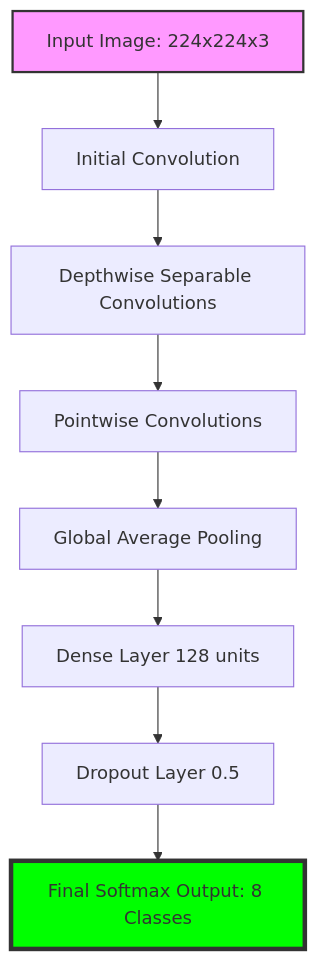
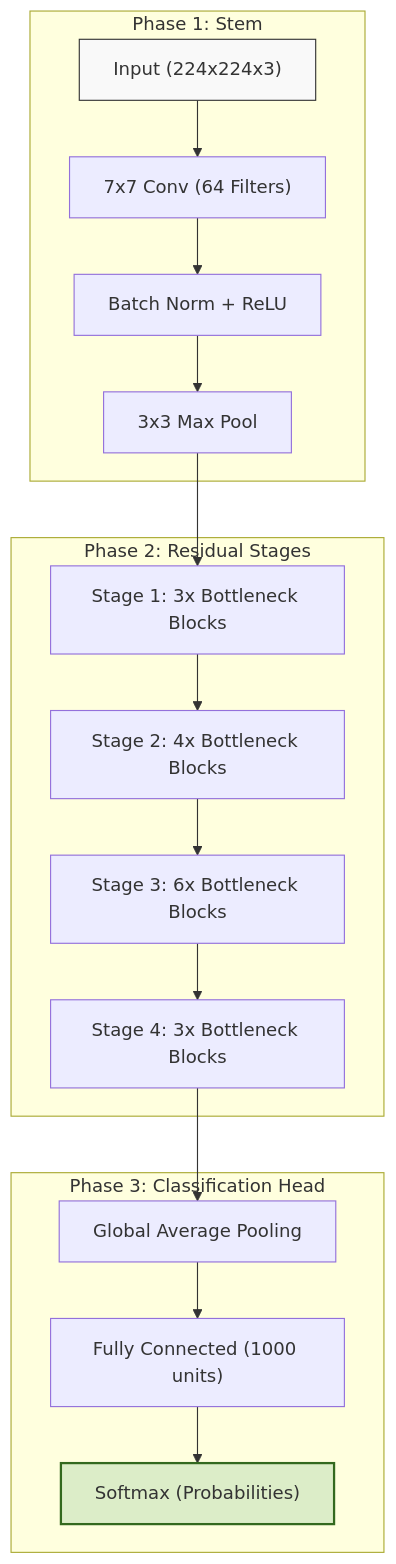
One commit to SimpleCyber/Fruit_Classification-IEEE changed the diagram in README.md. Above: the diagram before and after it, drawn with Mermaid. The commit also changed other lines of this file and 1 other file, not shown here.

````diff
--- a/README.md
+++ b/README.md
@@ -39,13 +45,24 @@
 ```mermaid
 graph TD
-    A[Input Image: 224x224x3] --> B[Initial Convolution]
-    B --> C[Depthwise Separable Convolutions]
-    C --> D[Pointwise Convolutions]
-    D --> E[Global Average Pooling]
-    E --> F[Dense Layer 128 units]
-    F --> G[Dropout Layer 0.5]
-    G --> H[Final Softmax Output: 8 Classes]
-    
-    style A fill:#f9f,stroke:#333,stroke-width:2px
-    style H fill:#00ff00,stroke:#333,stroke-width:4px
+    subgraph "Phase 1: Stem"
+    In["Input (224x224x3)"] --> C1["7x7 Conv (64 Filters)"]
+    C1 --> BN1["Batch Norm + ReLU"]
+    BN1 --> MP1["3x3 Max Pool"]
+    end
+
+    subgraph "Phase 2: Residual Stages"
+    MP1 --> S1["Stage 1: 3x Bottleneck Blocks"]
+    S1 --> S2["Stage 2: 4x Bottleneck Blocks"]
+    S2 --> S3["Stage 3: 6x Bottleneck Blocks"]
+    S3 --> S4["Stage 4: 3x Bottleneck Blocks"]
+    end
+
+    subgraph "Phase 3: Classification Head"
+    S4 --> GAP["Global Average Pooling"]
+    GAP --> FC["Fully Connected (1000 units)"]
+    FC --> SM["Softmax (Probabilities)"]
+    end
+
+    style In fill:#f9f9f9,stroke:#333
+    style SM fill:#dcedc8,stroke:#33691e,stroke-width:2px
 ```
````
